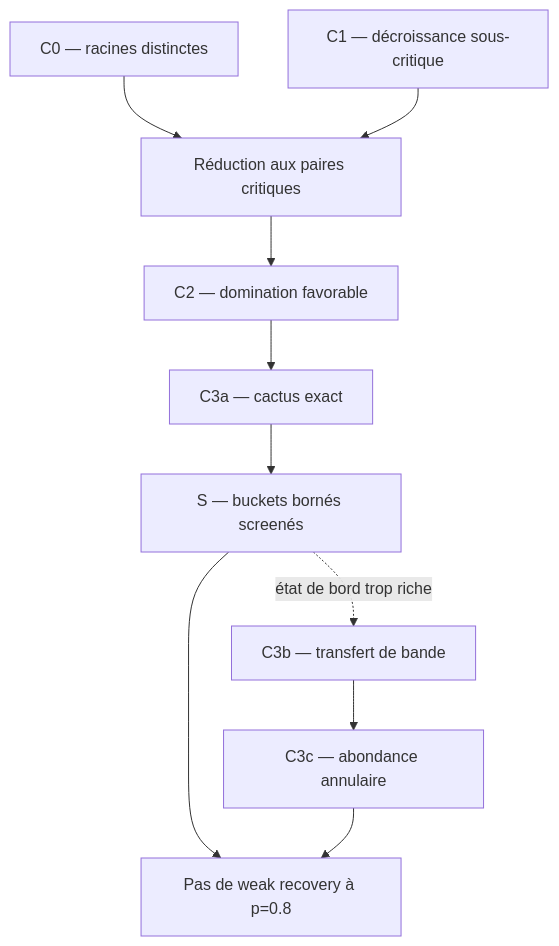
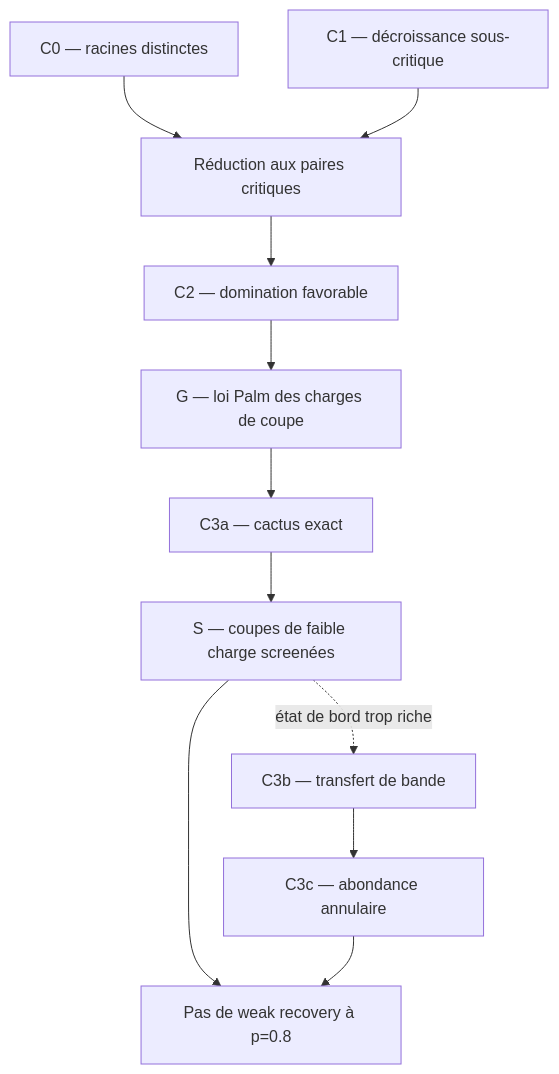
One commit to Ludwig-H/Presentation-MathNet-2026-06-15 changed the diagram in research/hierarchical-swendsen-wang/README.md. Above: the diagram before and after it, drawn with Mermaid. The commit also changed other lines of this file and 6 other files, not shown here.

````diff
--- a/research/hierarchical-swendsen-wang/README.md
+++ b/research/hierarchical-swendsen-wang/README.md
@@ -189,12 +208,13 @@
 ```mermaid
 flowchart TD
     C0["C0 — racines distinctes"] --> R["Réduction aux paires critiques"]
     C1["C1 — décroissance sous-critique"] --> R
     R --> C2["C2 — domination favorable"]
-    C2 --> C3a["C3a — cactus exact"]
-    C3a --> S["S — buckets bornés screenés"]
+    C2 --> G["G — loi Palm des charges de coupe"]
+    G --> C3a["C3a — cactus exact"]
+    C3a --> S["S — coupes de faible charge screenées"]
     S --> W["Pas de weak recovery à p=0.8"]
     S -. "état de bord trop riche" .-> C3b["C3b — transfert de bande"]
     C3b --> C3c["C3c — abondance annulaire"]
     C3c --> W["Pas de weak recovery à p=0.8"]
 ```
````
